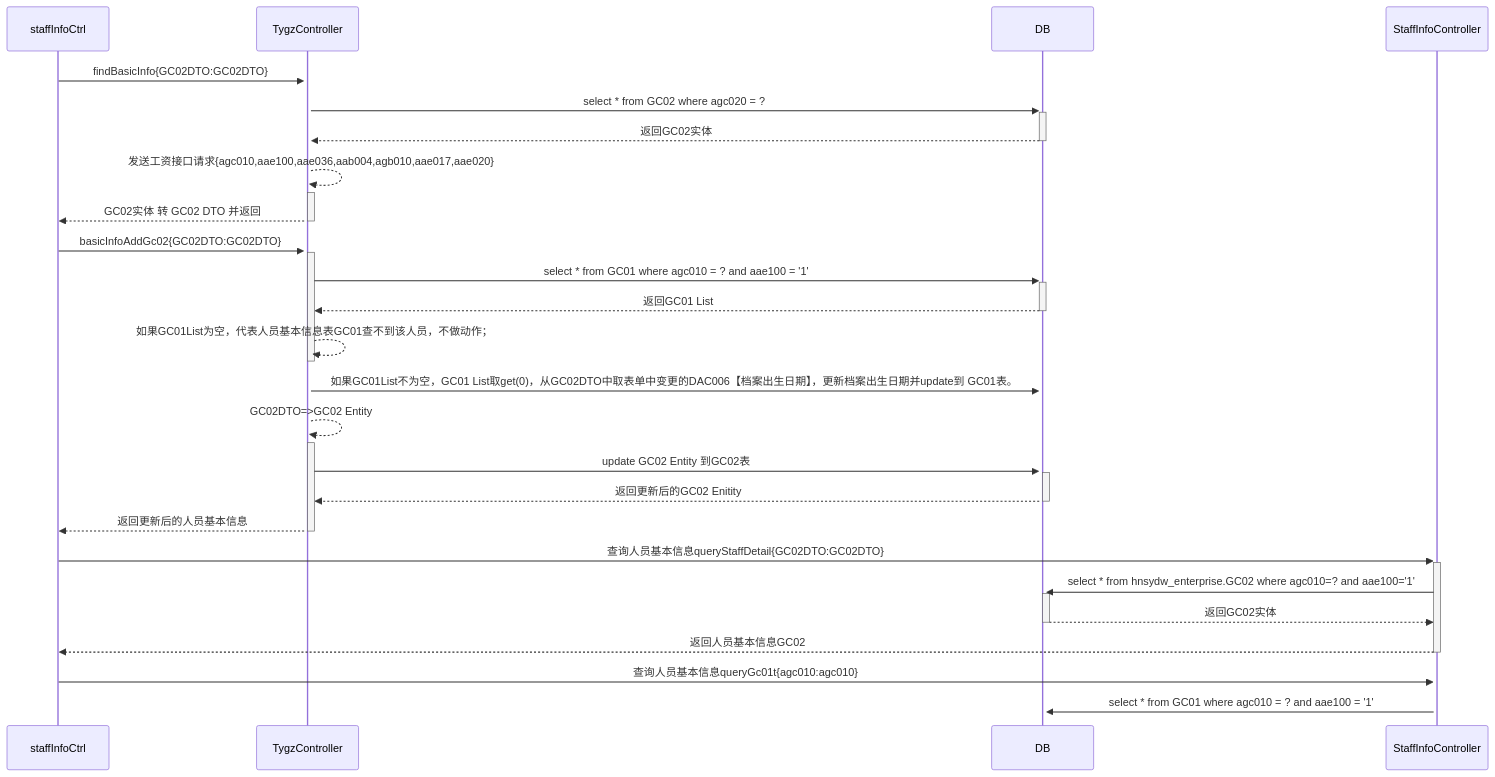
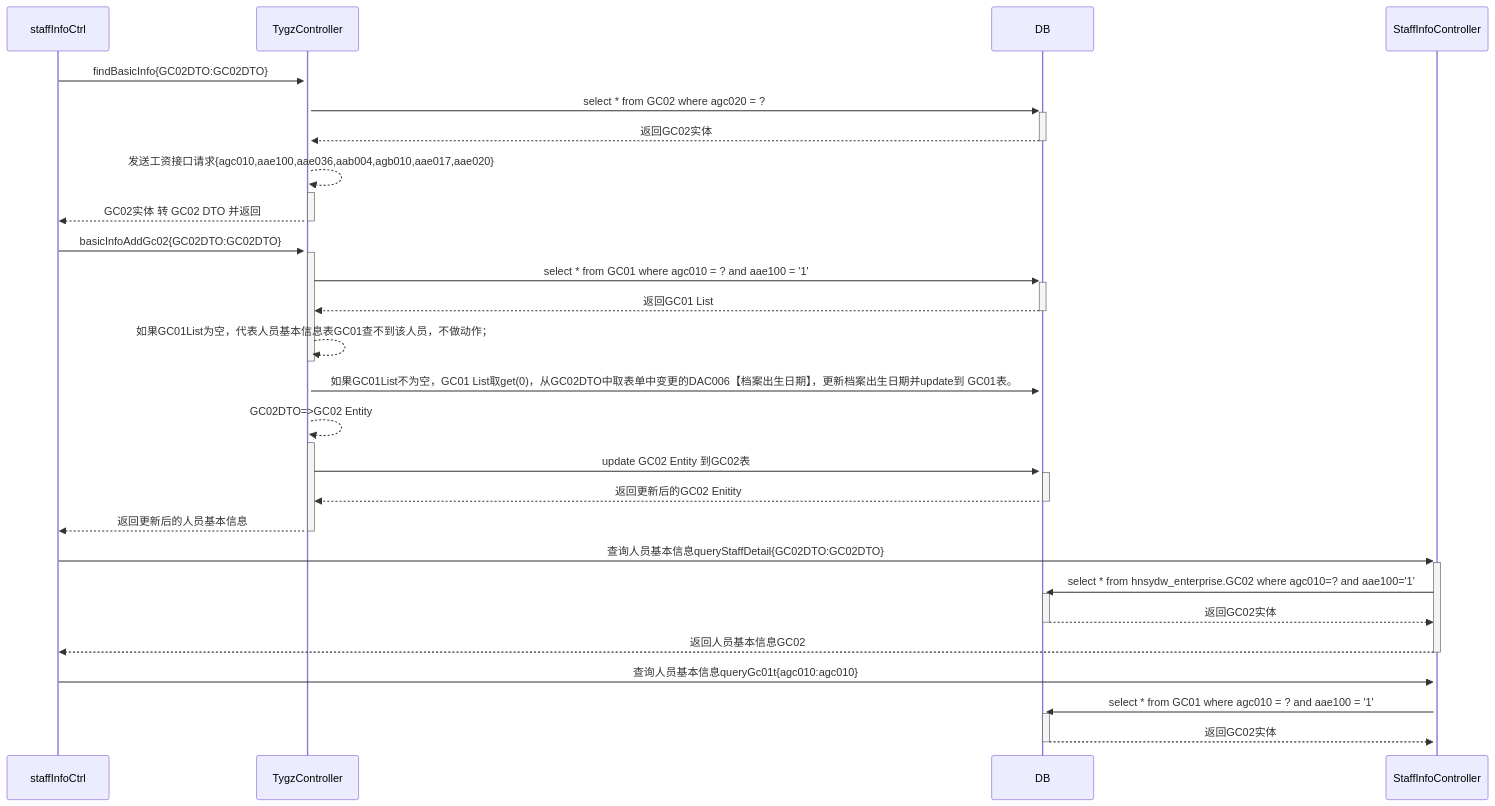
One commit to ZhangJianBeiJing/iodraw-files changed the diagram in all/保存按钮调用业务流程.md. Above: the diagram before and after it, drawn with Mermaid.

Commit message:
2025-03-24 18:42:00 update

````diff
--- a/all/保存按钮调用业务流程.md
+++ b/all/保存按钮调用业务流程.md
@@ -1,26 +1,26 @@
 ```mermaid
 sequenceDiagram
     staffInfoCtrl->>+TygzController:findBasicInfo{GC02DTO:GC02DTO}
     TygzController->>+DB:select * from GC02 where agc020 = ?
     DB-->>-TygzController:返回GC02实体
     TygzController-->>+TygzController:发送工资接口请求{agc010,aae100,aae036,aab004,agb010,aae017,aae020}
     TygzController-->>-staffInfoCtrl:GC02实体 转 GC02 DTO 并返回
 
     staffInfoCtrl->>+TygzController:basicInfoAddGc02{GC02DTO:GC02DTO}
     TygzController->>+DB:select * from GC01 where agc010 = ? and aae100 = '1'
     DB-->>-TygzController:返回GC01 List
     TygzController-->>-TygzController:如果GC01List为空，代表人员基本信息表GC01查不到该人员，不做动作；
     TygzController->>+DB:如果GC01List不为空，GC01 List取get(0)，从GC02DTO中取表单中变更的DAC006【档案出生日期】，更新档案出生日期并update到 GC01表。
     TygzController-->>+TygzController:GC02DTO=>GC02 Entity
     TygzController->>+DB:update GC02 Entity 到GC02表
     DB-->>-TygzController:返回更新后的GC02 Enitity
     TygzController-->>-staffInfoCtrl:返回更新后的人员基本信息
 
     staffInfoCtrl->>+StaffInfoController:查询人员基本信息queryStaffDetail{GC02DTO:GC02DTO}
     StaffInfoController->>+DB:select * from hnsydw_enterprise.GC02 where agc010=? and aae100='1'
     DB-->>-StaffInfoController:返回GC02实体
     StaffInfoController-->>-staffInfoCtrl:返回人员基本信息GC02
     staffInfoCtrl->>+StaffInfoController:查询人员基本信息queryGc01t{agc010:agc010}
     StaffInfoController->>+DB:select * from GC01 where agc010 = ? and aae100 = '1'
-    
+    DB-->>-StaffInfoController:返回GC02实体
 ```
````
